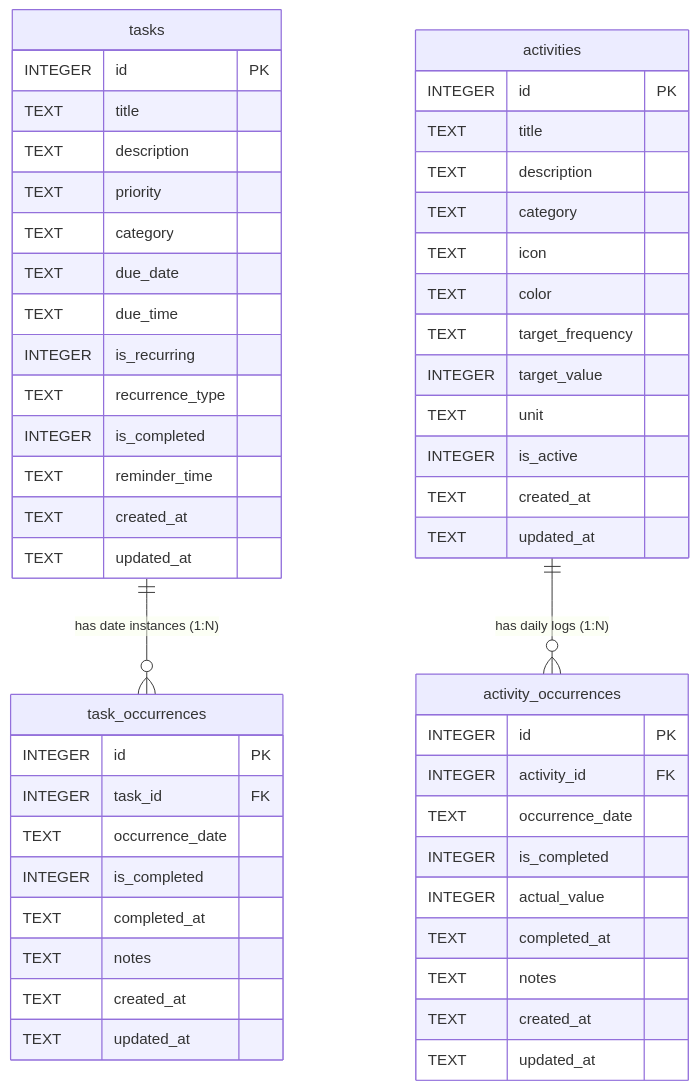
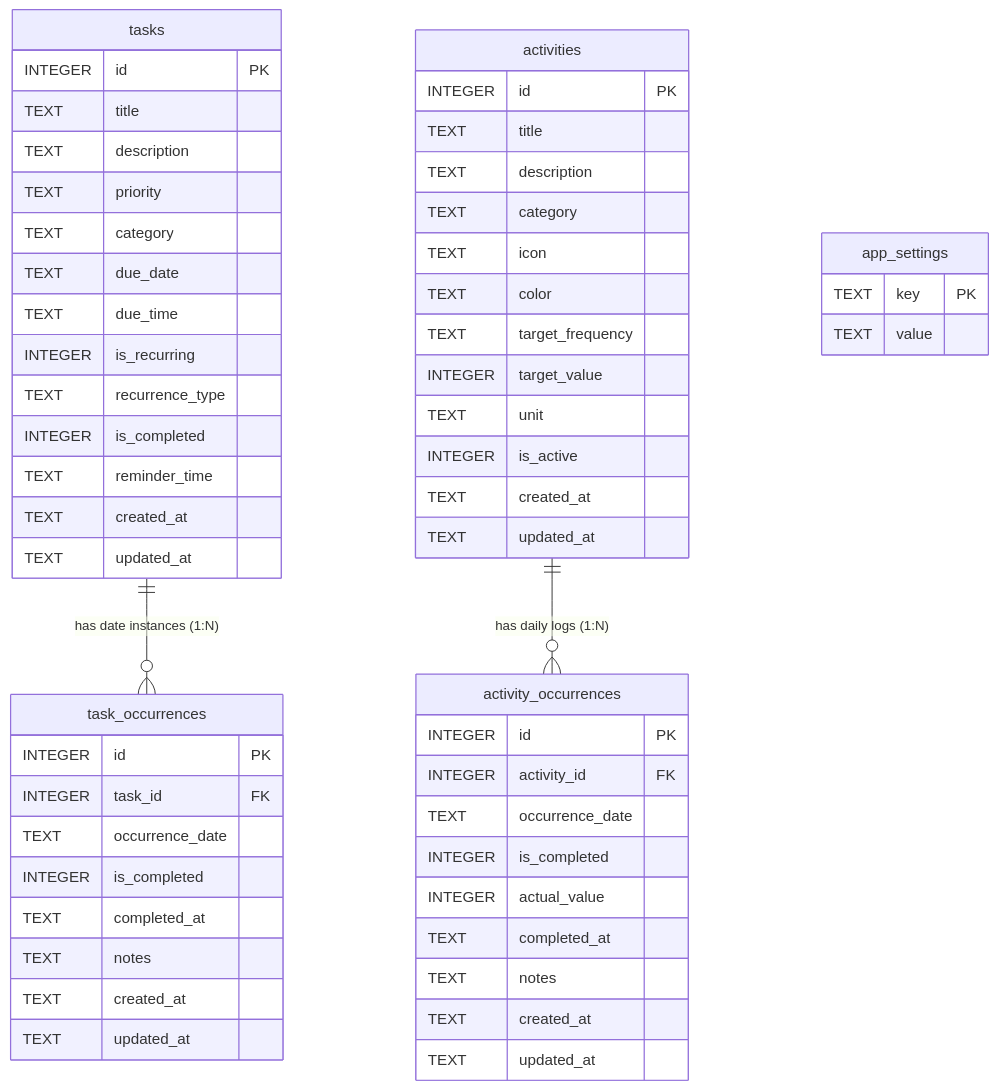
One commit to apurvak6/daily_flow changed the first of 2 diagrams in README.md. Above: the diagram before and after it, drawn with Mermaid. The commit also changed other lines of this file and 27 other files, not shown here.

````diff
--- a/README.md
+++ b/README.md
@@ -261,55 +271,59 @@
 ```mermaid
 erDiagram
     tasks ||--o{ task_occurrences : "has date instances (1:N)"
     tasks {
         INTEGER id PK
         TEXT title
         TEXT description
         TEXT priority
         TEXT category
         TEXT due_date
         TEXT due_time
         INTEGER is_recurring
         TEXT recurrence_type
         INTEGER is_completed
         TEXT reminder_time
         TEXT created_at
         TEXT updated_at
     }
     task_occurrences {
         INTEGER id PK
         INTEGER task_id FK
         TEXT occurrence_date
         INTEGER is_completed
         TEXT completed_at
         TEXT notes
         TEXT created_at
         TEXT updated_at
     }
     activities ||--o{ activity_occurrences : "has daily logs (1:N)"
     activities {
         INTEGER id PK
         TEXT title
         TEXT description
         TEXT category
         TEXT icon
         TEXT color
         TEXT target_frequency
         INTEGER target_value
         TEXT unit
         INTEGER is_active
         TEXT created_at
         TEXT updated_at
     }
     activity_occurrences {
         INTEGER id PK
         INTEGER activity_id FK
         TEXT occurrence_date
         INTEGER is_completed
         INTEGER actual_value
         TEXT completed_at
         TEXT notes
         TEXT created_at
         TEXT updated_at
     }
+    app_settings {
+        TEXT key PK
+        TEXT value
+    }
 ```
````
